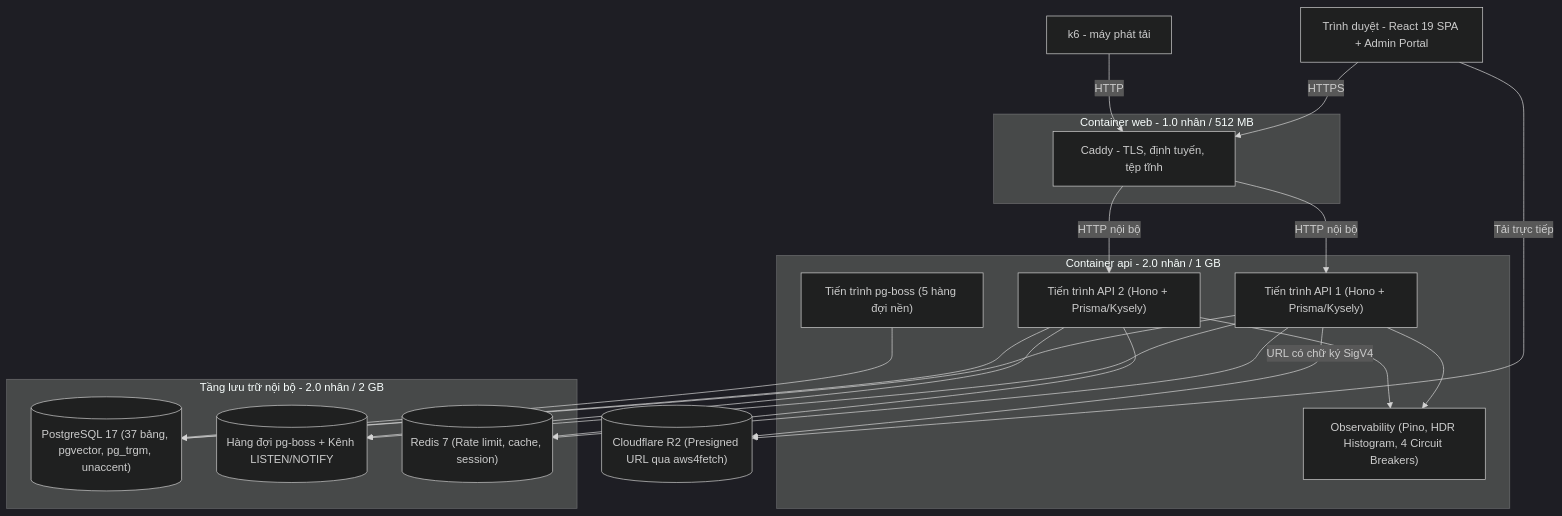
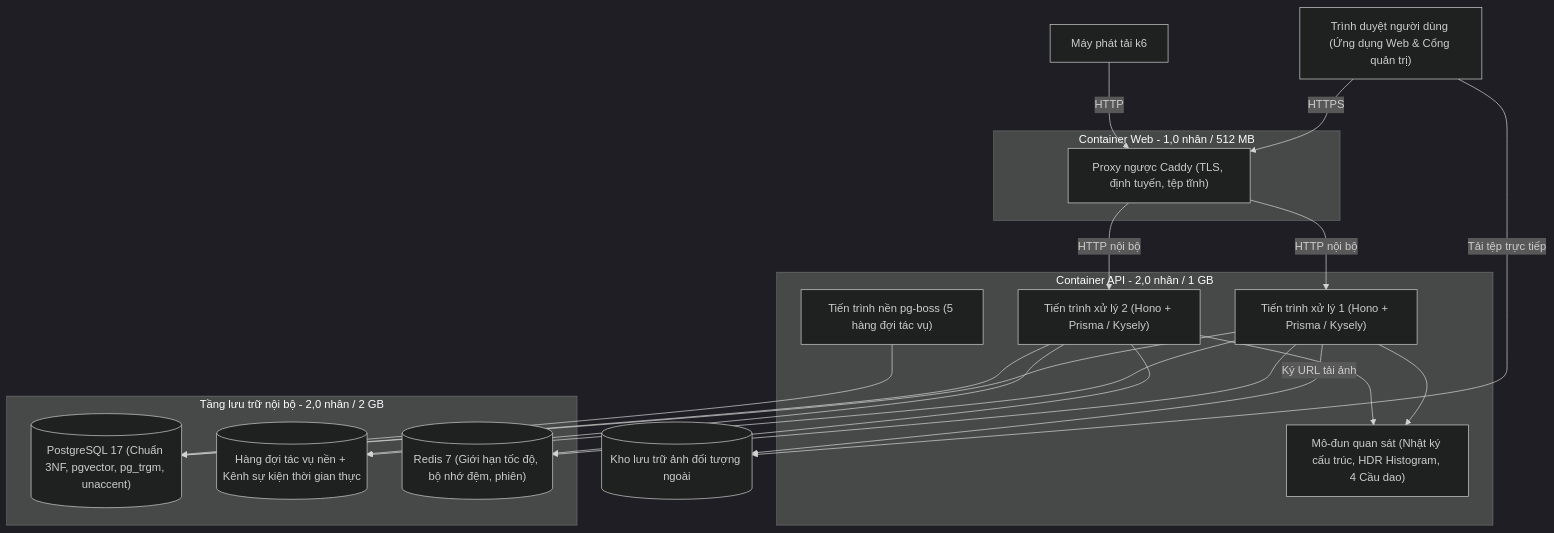
The third of 24 diagrams in docs/bao-cao/BAO-CAO-DO-AN.md (longqt321/Rendez-PBL6), drawn with Mermaid (dark theme) before and after one commit. The commit also changed other lines of this file and 71 other files, not shown here.

Commit message:
feat(schema,backend): complete UX API features, role isolation, and submissions

````diff
--- a/docs/bao-cao/BAO-CAO-DO-AN.md
+++ b/docs/bao-cao/BAO-CAO-DO-AN.md
@@ -631,40 +723,40 @@
 ```mermaid
 flowchart TB
-    Browser["Trình duyệt - React 19 SPA + Admin Portal"]
+    Browser["Trình duyệt người dùng (Ứng dụng Web & Cổng quản trị)"]
 
-    subgraph Edge["Container web - 1.0 nhân / 512 MB"]
-        Caddy["Caddy - TLS, định tuyến, tệp tĩnh"]
+    subgraph Edge["Container Web - 1,0 nhân / 512 MB"]
+        Caddy["Proxy ngược Caddy (TLS, định tuyến, tệp tĩnh)"]
     end
 
-    subgraph Api["Container api - 2.0 nhân / 1 GB"]
-        W1["Tiến trình API 1 (Hono + Prisma/Kysely)"]
-        W2["Tiến trình API 2 (Hono + Prisma/Kysely)"]
-        Obs["Observability (Pino, HDR Histogram, 4 Circuit Breakers)"]
-        Cron["Tiến trình pg-boss (5 hàng đợi nền)"]
+    subgraph Api["Container API - 2,0 nhân / 1 GB"]
+        W1["Tiến trình xử lý 1 (Hono + Prisma / Kysely)"]
+        W2["Tiến trình xử lý 2 (Hono + Prisma / Kysely)"]
+        Obs["Mô-đun quan sát (Nhật ký cấu trúc, HDR Histogram, 4 Cầu dao)"]
+        Cron["Tiến trình nền pg-boss (5 hàng đợi tác vụ)"]
     end
 
-    subgraph Data["Tầng lưu trữ nội bộ - 2.0 nhân / 2 GB"]
-        PG[("PostgreSQL 17 (37 bảng, pgvector, pg_trgm, unaccent)")]
-        Queue[("Hàng đợi pg-boss + Kênh LISTEN/NOTIFY")]
-        Redis[("Redis 7 (Rate limit, cache, session)")]
+    subgraph Data["Tầng lưu trữ nội bộ - 2,0 nhân / 2 GB"]
+        PG[("PostgreSQL 17 (Chuẩn 3NF, pgvector, pg_trgm, unaccent)")]
+        Queue[("Hàng đợi tác vụ nền + Kênh sự kiện thời gian thực")]
+        Redis[("Redis 7 (Giới hạn tốc độ, bộ nhớ đệm, phiên)")]
     end
 
-    R2[("Cloudflare R2 (Presigned URL qua aws4fetch)")]
-    K6["k6 - máy phát tải"]
+    R2[("Kho lưu trữ ảnh đối tượng ngoài")]
+    K6["Máy phát tải k6"]
 
     Browser -->|HTTPS| Caddy
     Caddy -->|HTTP nội bộ| W1
     Caddy -->|HTTP nội bộ| W2
     W1 --> Obs
     W2 --> Obs
     W1 --> PG
     W2 --> PG
     Cron --> PG
     W1 --> Queue
     W2 --> Queue
     W1 --> Redis
     W2 --> Redis
-    W1 -->|URL có chữ ký SigV4| R2
-    Browser -->|Tải trực tiếp| R2
+    W1 -->|Ký URL tải ảnh| R2
+    Browser -->|Tải tệp trực tiếp| R2
     K6 -->|HTTP| Caddy
 ```
````
